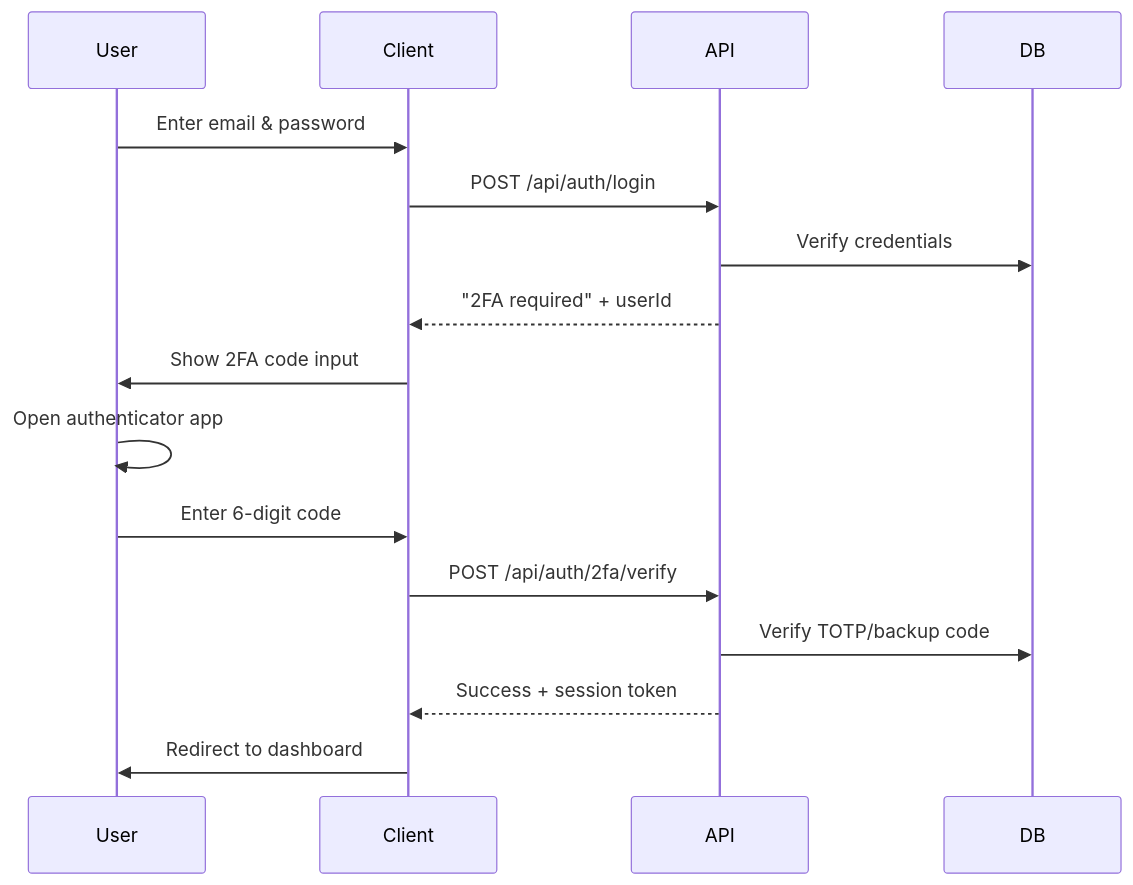
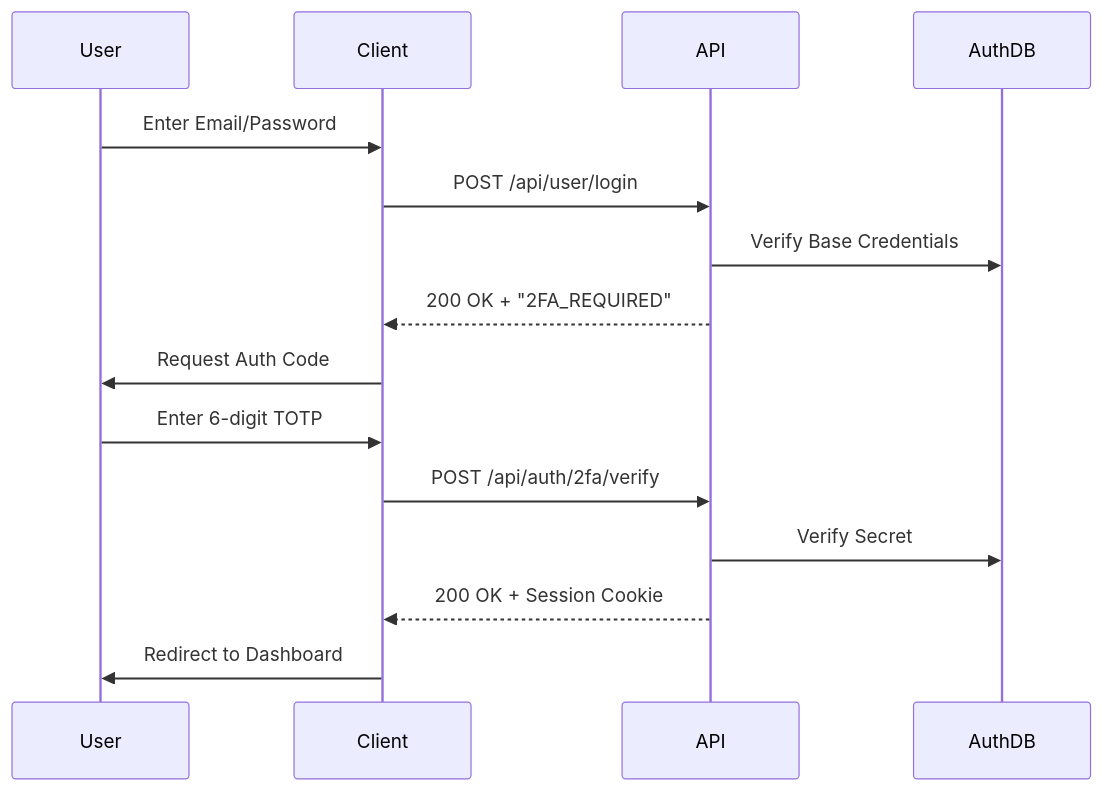
Before and after one commit to TamoorArif/SveltyCMS: the diagram in docs/api/authentication-2fa-api.mdx, drawn with Mermaid. The commit also changed other lines of this file and 176 other files, not shown here.

````diff
--- a/docs/api/authentication-2fa-api.mdx
+++ b/docs/api/authentication-2fa-api.mdx
@@ -520,19 +106,18 @@
 ```mermaid
 sequenceDiagram
     participant User
     participant Client
     participant API
-    participant DB
+    participant AuthDB
 
-    User->>Client: Enter email & password
-    Client->>API: POST /api/auth/login
-    API->>DB: Verify credentials
-    API-->>Client: "2FA required" + userId
-    Client->>User: Show 2FA code input
-    User->>User: Open authenticator app
-    User->>Client: Enter 6-digit code
+    User->>Client: Enter Email/Password
+    Client->>API: POST /api/user/login
+    API->>AuthDB: Verify Base Credentials
+    API-->>Client: 200 OK + "2FA_REQUIRED"
+    Client->>User: Request Auth Code
+    User->>Client: Enter 6-digit TOTP
     Client->>API: POST /api/auth/2fa/verify
-    API->>DB: Verify TOTP/backup code
-    API-->>Client: Success + session token
-    Client->>User: Redirect to dashboard
+    API->>AuthDB: Verify Secret
+    API-->>Client: 200 OK + Session Cookie
+    Client->>User: Redirect to Dashboard
 ```
````
